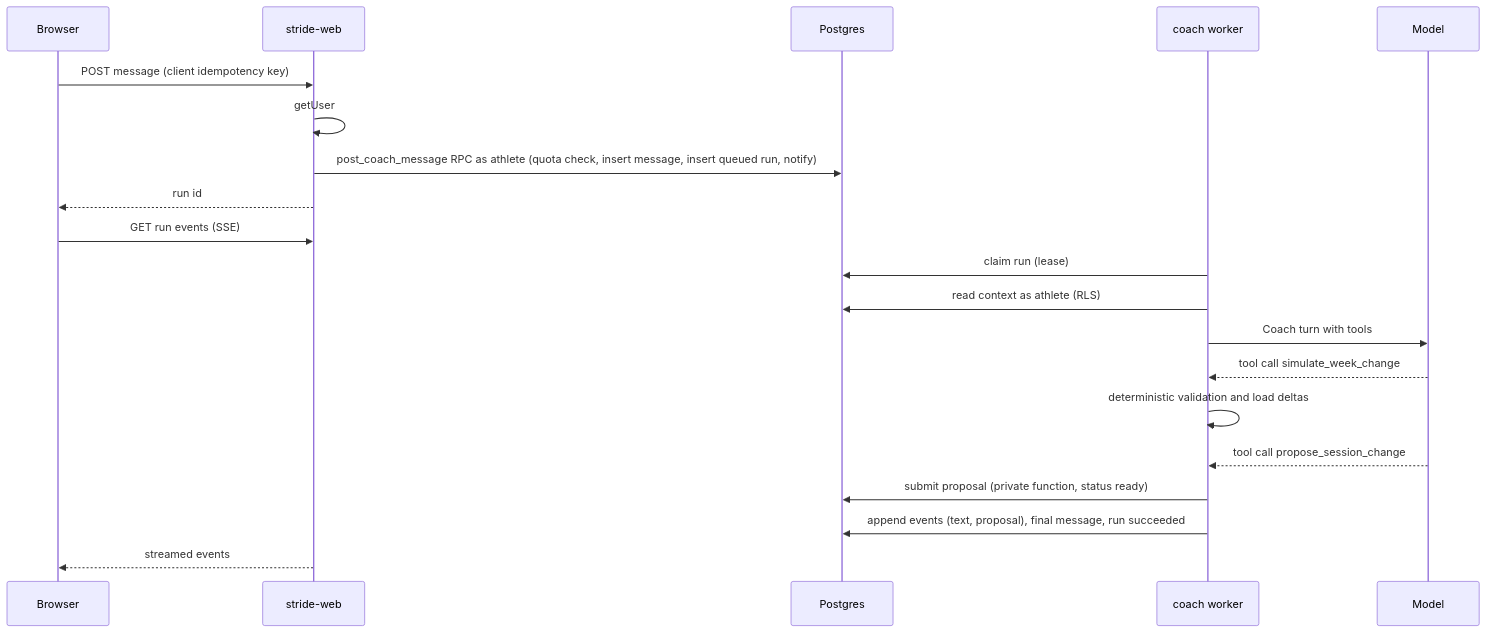
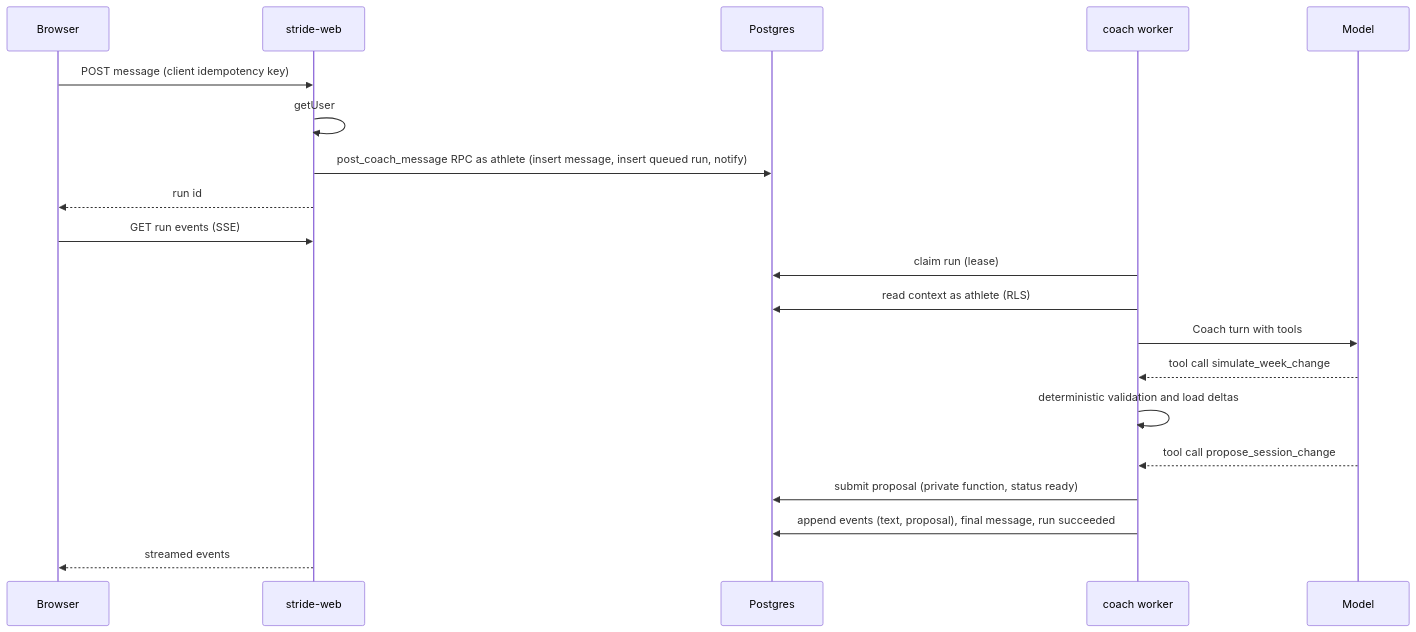
Before and after one commit to Julestblt/Stride: the third of 4 diagrams in docs/architecture/coaching-engine/target-architecture.md, drawn with Mermaid. The commit also changed other lines of this file and 12 other files, not shown here.

````diff
--- a/docs/architecture/coaching-engine/target-architecture.md
+++ b/docs/architecture/coaching-engine/target-architecture.md
@@ -99,22 +99,22 @@
 ```mermaid
 sequenceDiagram
   participant B as Browser
   participant W as stride-web
   participant DB as Postgres
   participant K as coach worker
   participant M as Model
   B->>W: POST message (client idempotency key)
   W->>W: getUser
-  W->>DB: post_coach_message RPC as athlete (quota check, insert message, insert queued run, notify)
+  W->>DB: post_coach_message RPC as athlete (insert message, insert queued run, notify)
   W-->>B: run id
   B->>W: GET run events (SSE)
   K->>DB: claim run (lease)
   K->>DB: read context as athlete (RLS)
   K->>M: Coach turn with tools
   M-->>K: tool call simulate_week_change
   K->>K: deterministic validation and load deltas
   M-->>K: tool call propose_session_change
   K->>DB: submit proposal (private function, status ready)
   K->>DB: append events (text, proposal), final message, run succeeded
   W-->>B: streamed events
 ```
````
